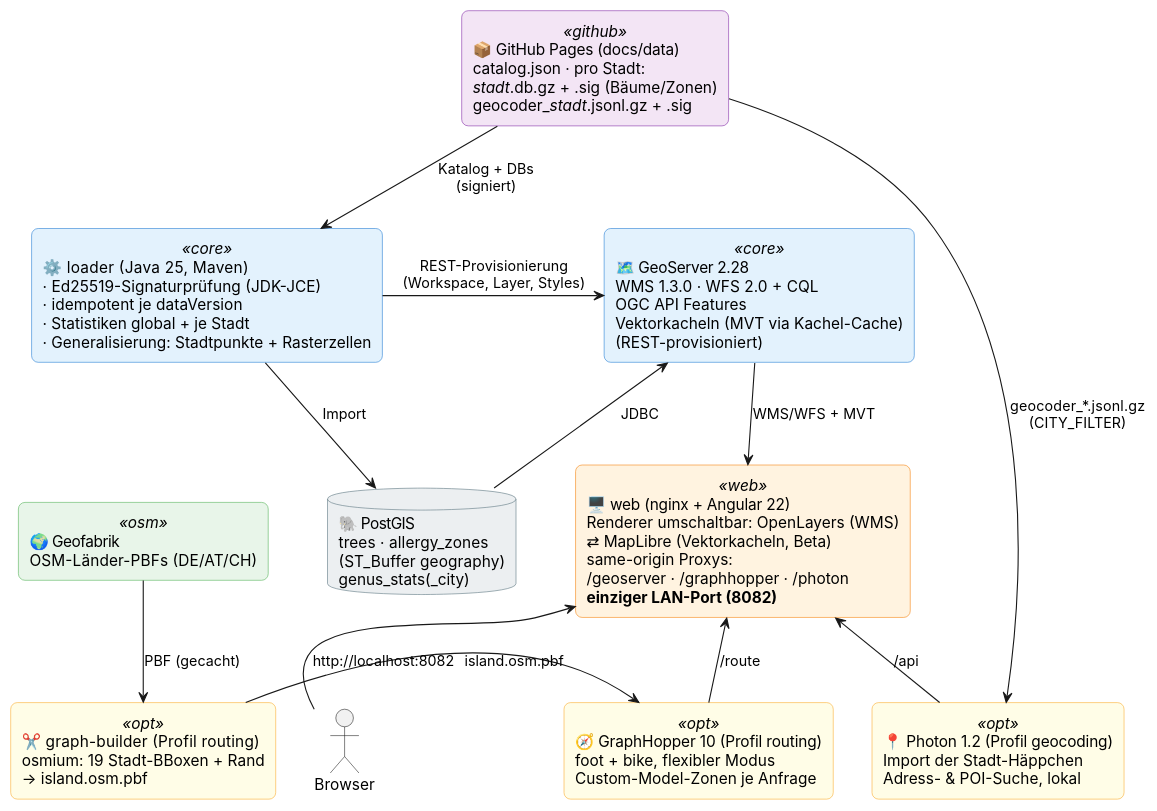
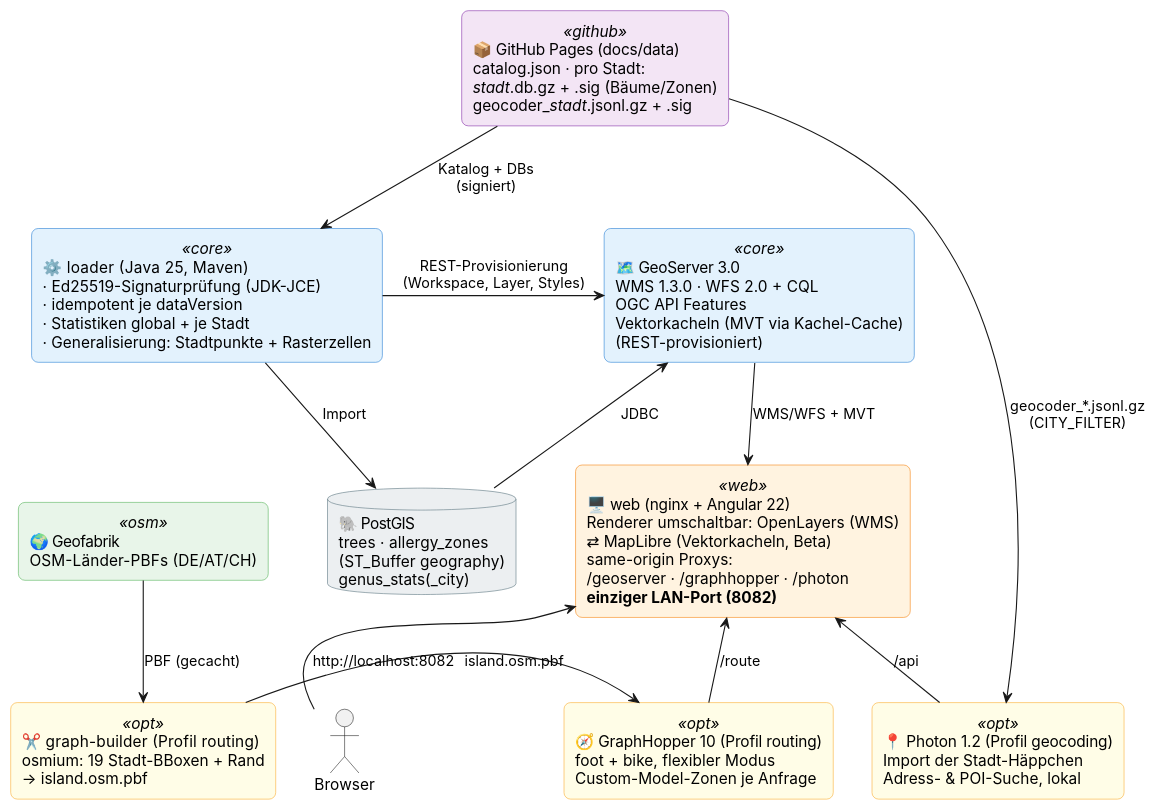
Before and after one commit to matthili/BaumRadar: the diagram in docs/architecture/08_webgis_architecture.puml, drawn with PlantUML. The commit also changed 11 other files, not shown here.

Commit message:
GeoServer Update 2.28.4 => 3.0.0

```diff
--- a/docs/architecture/08_webgis_architecture.puml
+++ b/docs/architecture/08_webgis_architecture.puml
@@ -1,58 +1,58 @@
 @startuml
 skinparam backgroundColor #FFFFFF
 skinparam componentStyle rectangle
 skinparam shadowing false
 skinparam defaultFontName Inter
 skinparam roundCorner 12
 
 <style>
 root {
   padding 8;
 }
 </style>
 
 skinparam rectangleFontColor black
 skinparam databaseFontColor black
 skinparam databaseBackgroundColor #ECEFF1
 skinparam databaseBorderColor #546E7A
 
 skinparam rectangle {
   BackgroundColor<<github>> #F3E5F5
   BorderColor<<github>> #7B1FA2
   BackgroundColor<<osm>> #E8F5E9
   BorderColor<<osm>> #4CAF50
   BackgroundColor<<core>> #E3F2FD
   BorderColor<<core>> #1976D2
   BackgroundColor<<web>> #FFF3E0
   BorderColor<<web>> #F57C00
   BackgroundColor<<opt>> #FFFDE7
   BorderColor<<opt>> #F9A825
 }
 
 rectangle "📦  GitHub Pages (docs/data)\ncatalog.json · pro Stadt:\n<i>stadt</i>.db.gz + .sig (Bäume/Zonen)\ngeocoder_<i>stadt</i>.jsonl.gz + .sig" as GH <<github>>
 rectangle "🌍  Geofabrik\nOSM-Länder-PBFs (DE/AT/CH)" as OSM <<osm>>
 
 rectangle "⚙️  loader (Java 25, Maven)\n· Ed25519-Signaturprüfung (JDK-JCE)\n· idempotent je dataVersion\n· Statistiken global + je Stadt\n· Generalisierung: Stadtpunkte + Rasterzellen" as Loader <<core>>
 database "🐘  PostGIS\ntrees · allergy_zones\n(ST_Buffer geography)\ngenus_stats(_city)" as PG
-rectangle "🗺️  GeoServer 2.28\nWMS 1.3.0 · WFS 2.0 + CQL\nOGC API Features\nVektorkacheln (MVT via Kachel-Cache)\n(REST-provisioniert)" as GS <<core>>
+rectangle "🗺️  GeoServer 3.0\nWMS 1.3.0 · WFS 2.0 + CQL\nOGC API Features\nVektorkacheln (MVT via Kachel-Cache)\n(REST-provisioniert)" as GS <<core>>
 
 rectangle "🖥️  web (nginx + Angular 22)\nRenderer umschaltbar: OpenLayers (WMS)\n⇄ MapLibre (Vektorkacheln, Beta)\nsame-origin Proxys:\n/geoserver · /graphhopper · /photon\n<b>einziger LAN-Port (8082)</b>" as Web <<web>>
 
 rectangle "✂️  graph-builder (Profil routing)\nosmium: 19 Stadt-BBoxen + Rand\n→ island.osm.pbf" as GB <<opt>>
 rectangle "🧭  GraphHopper 10 (Profil routing)\nfoot + bike, flexibler Modus\nCustom-Model-Zonen je Anfrage" as GHopper <<opt>>
 rectangle "📍  Photon 1.2 (Profil geocoding)\nImport der Stadt-Häppchen\nAdress- & POI-Suche, lokal" as Photon <<opt>>
 
 actor "Browser" as User
 
 GH -down-> Loader : Katalog + DBs\n(signiert)
 Loader -down-> PG : Import
 Loader -right-> GS : REST-Provisionierung\n(Workspace, Layer, Styles)
 PG -up-> GS : JDBC
 GH -down-> Photon : geocoder_*.jsonl.gz\n(CITY_FILTER)
 OSM -down-> GB : PBF (gecacht)
 GB -right-> GHopper : island.osm.pbf
 GS -down-> Web : WMS/WFS + MVT
 GHopper -up-> Web : /route
 Photon -up-> Web : /api
 User -up-> Web : http://localhost:8082
 @enduml
```
